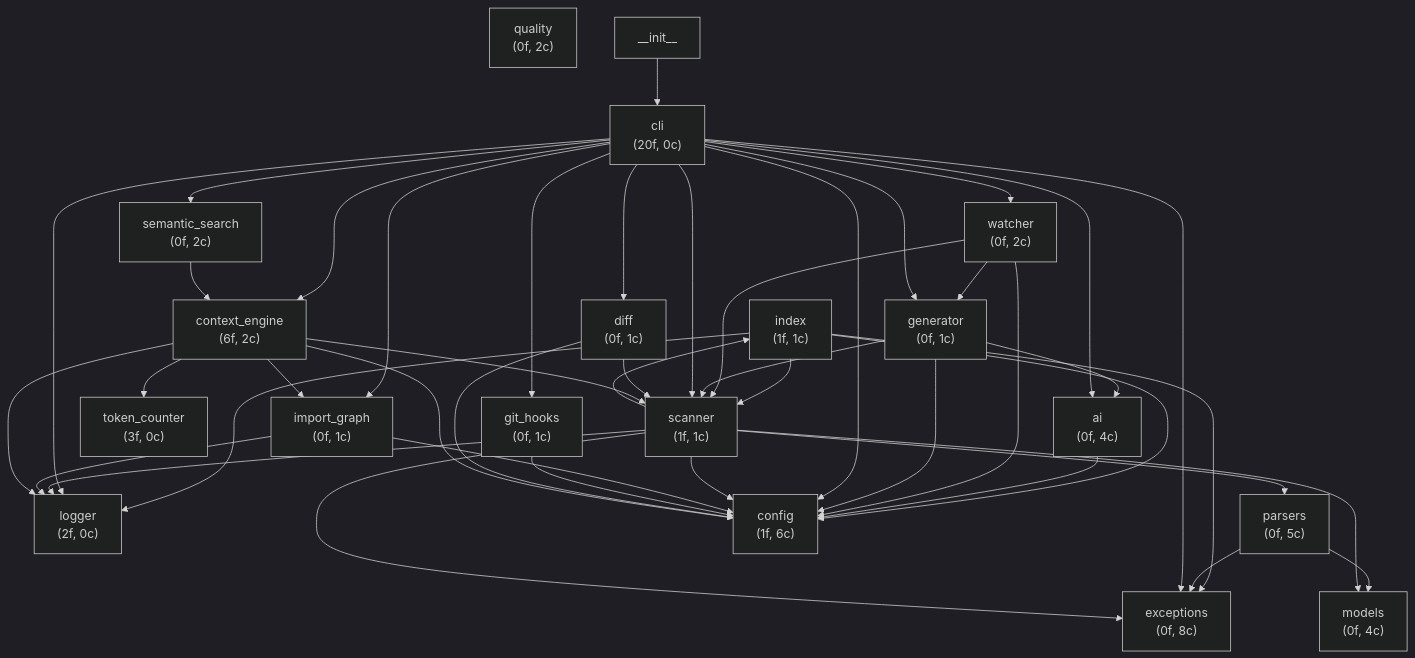
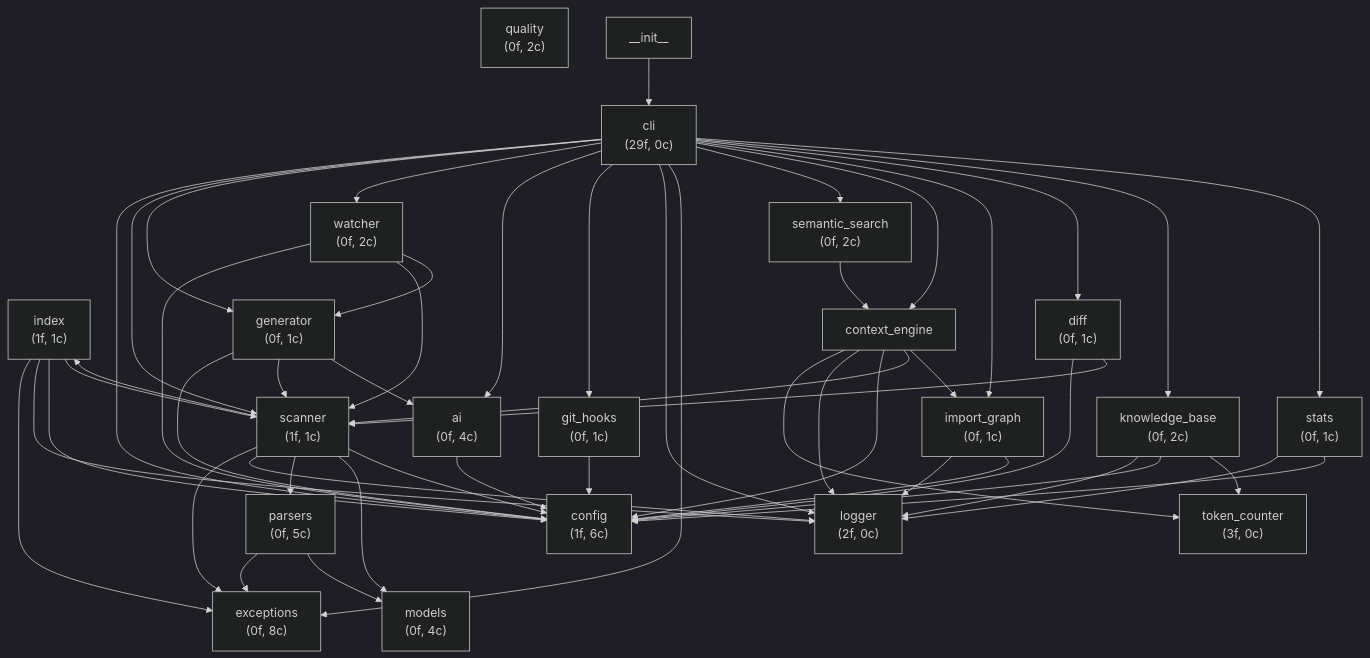
One commit to sushilk1991/know-cli changed the diagram in docs/architecture.md. Above: the diagram before and after it, drawn with Mermaid (dark theme). The commit also changed 10 other files, not shown here.

First line of the commit message:
v0.2.2: Cross-session memory, stats, status, CLI polish

````diff
--- a/docs/architecture.md
+++ b/docs/architecture.md
@@ -3,66 +3,74 @@
 ```mermaid
 graph TB
     index["index\n(1f, 1c)"]
     ai["ai\n(0f, 4c)"]
+    stats["stats\n(0f, 1c)"]
     models["models\n(0f, 4c)"]
     watcher["watcher\n(0f, 2c)"]
     quality["quality\n(0f, 2c)"]
     exceptions["exceptions\n(0f, 8c)"]
     logger["logger\n(2f, 0c)"]
     generator["generator\n(0f, 1c)"]
     parsers["parsers\n(0f, 5c)"]
-    cli["cli\n(20f, 0c)"]
+    cli["cli\n(29f, 0c)"]
     semantic_search["semantic_search\n(0f, 2c)"]
     __init__["__init__"]
     scanner["scanner\n(1f, 1c)"]
     token_counter["token_counter\n(3f, 0c)"]
+    knowledge_base["knowledge_base\n(0f, 2c)"]
     config["config\n(1f, 6c)"]
     import_graph["import_graph\n(0f, 1c)"]
     git_hooks["git_hooks\n(0f, 1c)"]
     diff["diff\n(0f, 1c)"]
-    context_engine["context_engine\n(6f, 2c)"]
 
     index --> exceptions
     index --> logger
     index --> config
     index --> scanner
     ai --> config
+    stats --> logger
+    stats --> config
     watcher --> config
     watcher --> scanner
     watcher --> generator
     generator --> config
     generator --> scanner
     generator --> ai
     parsers --> exceptions
     parsers --> models
     cli --> config
     cli --> scanner
     cli --> generator
     cli --> watcher
     cli --> ai
     cli --> git_hooks
     cli --> logger
     cli --> exceptions
     cli --> semantic_search
     cli --> context_engine
     cli --> import_graph
     cli --> diff
+    cli --> knowledge_base
+    cli --> stats
     semantic_search --> context_engine
     __init__ --> cli
     scanner --> exceptions
     scanner --> logger
     scanner --> parsers
     scanner --> models
     scanner --> config
     scanner --> index
+    knowledge_base --> logger
+    knowledge_base --> config
+    knowledge_base --> token_counter
     import_graph --> logger
     import_graph --> config
     git_hooks --> config
     diff --> config
     diff --> scanner
     context_engine --> token_counter
     context_engine --> logger
     context_engine --> config
     context_engine --> scanner
     context_engine --> import_graph
 ```
````
